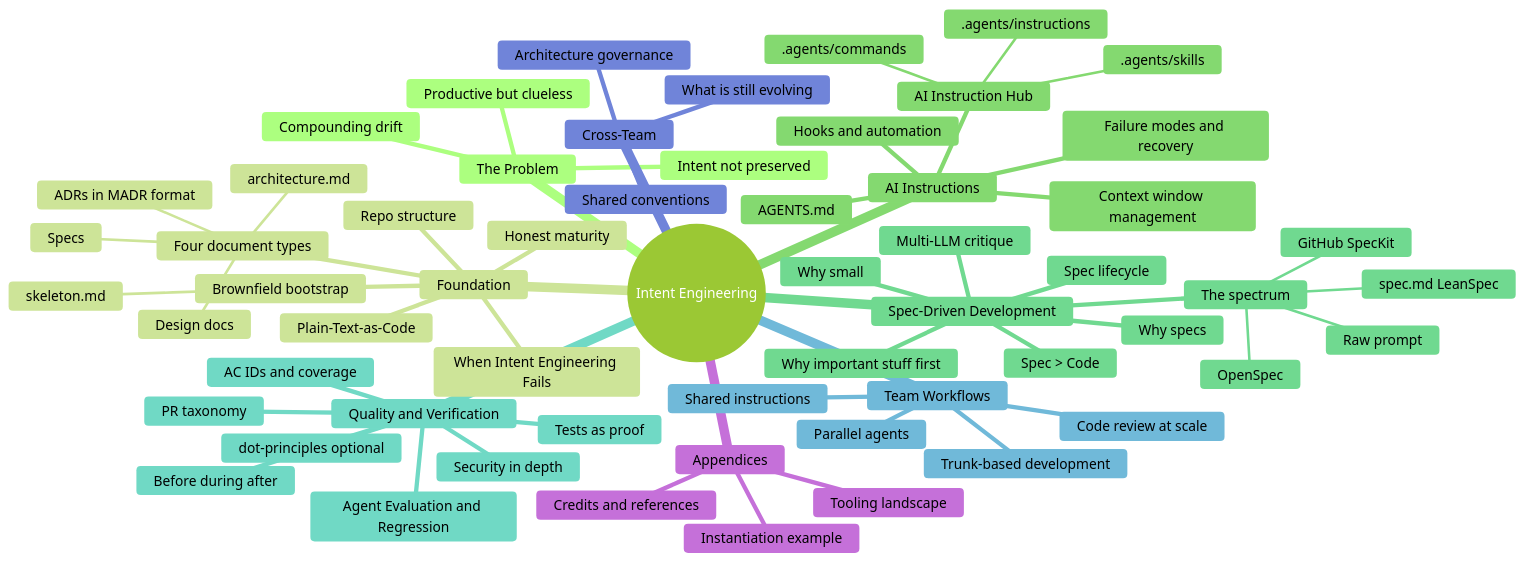
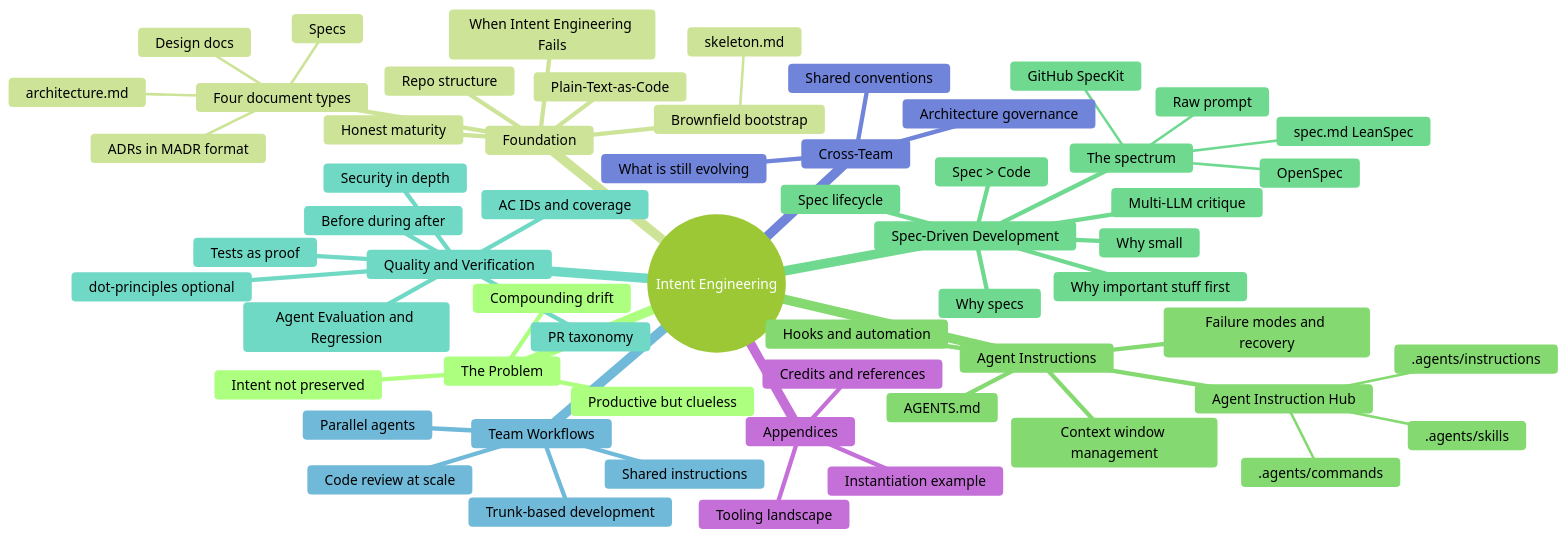
One commit to intent-engineering-for-coding-agents/book changed the diagram in idea.md. Above: the diagram before and after it, drawn with Mermaid (forest theme). The commit also changed other lines of this file and 23 other files, not shown here.

First line of the commit message:
chore(voice): rename AI Instructions → Agent Instructions in docs, plans, and principles

````diff
--- a/idea.md
+++ b/idea.md
@@ -109,62 +109,62 @@
 ```mermaid
 mindmap
   root((Intent Engineering))
     The Problem
       Productive but clueless
       Compounding drift
       Intent not preserved
     Foundation
       Repo structure
       Four document types
         architecture.md
         ADRs in MADR format
         Design docs
         Specs
       Plain-Text-as-Code
       Honest maturity
       Brownfield bootstrap
         skeleton.md
       When Intent Engineering Fails
-    AI Instructions
+    Agent Instructions
       AGENTS.md
-      AI Instruction Hub
+      Agent Instruction Hub
         .agents/instructions
         .agents/skills
         .agents/commands
       Hooks and automation
       Context window management
       Failure modes and recovery
     Spec-Driven Development
       Why specs
       Why small
       Why important stuff first
       The spectrum
         Raw prompt
         spec.md LeanSpec
         OpenSpec
         GitHub SpecKit
       Spec lifecycle
       Spec > Code
       Multi-LLM critique
     Quality and Verification
       Tests as proof
       Agent Evaluation and Regression
       AC IDs and coverage
       Before during after
       Security in depth
       PR taxonomy
       dot-principles optional
     Team Workflows
       Trunk-based development
       Parallel agents
       Shared instructions
       Code review at scale
     Cross-Team
       Architecture governance
       Shared conventions
       What is still evolving
     Appendices
       Tooling landscape
       Instantiation example
       Credits and references
 ```
````
